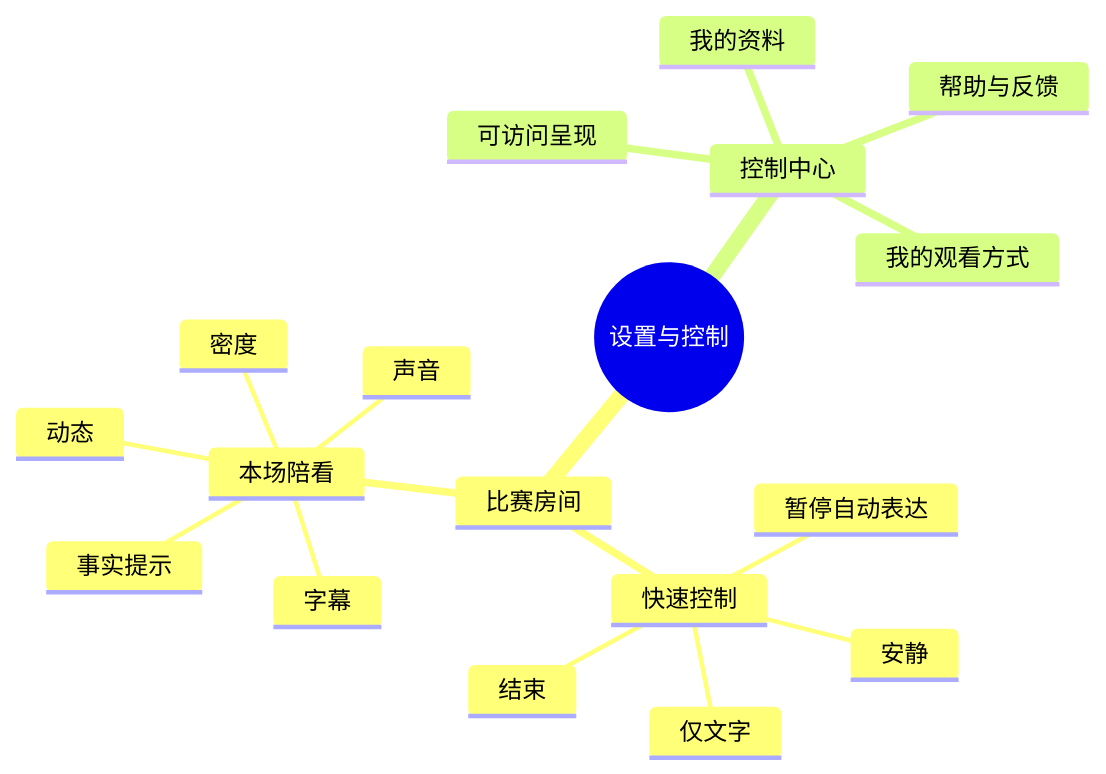
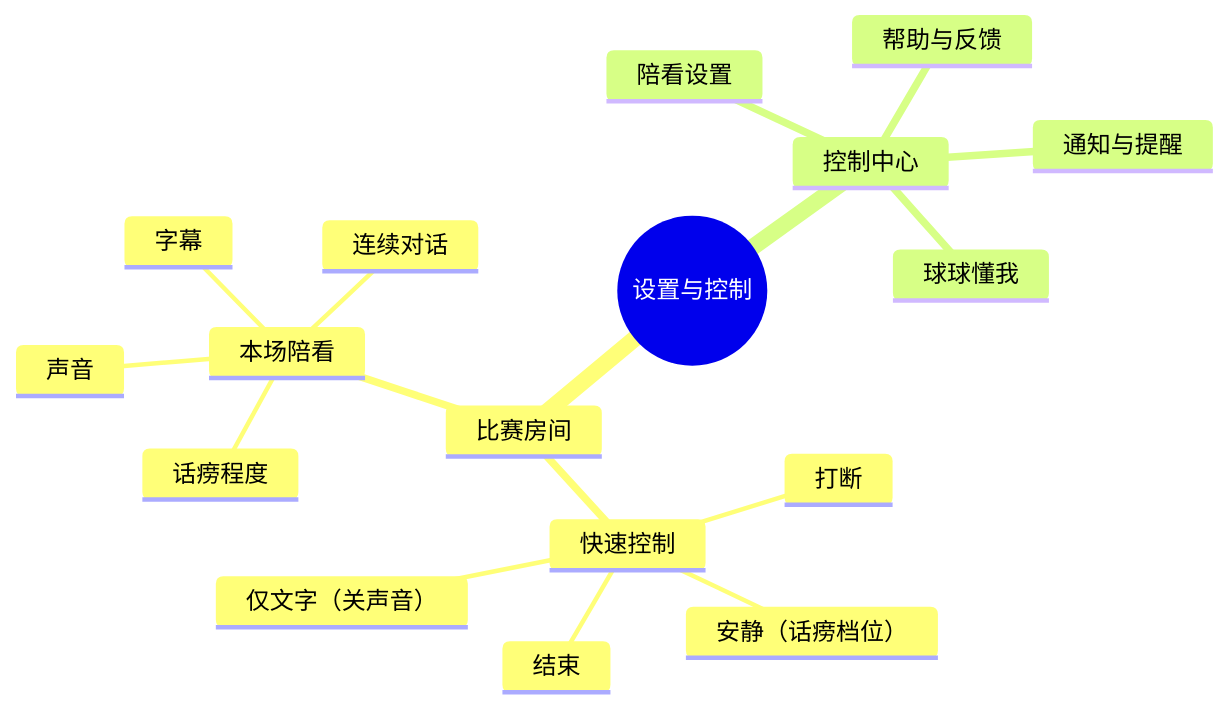
One commit to weiz98417-crypto/qiuqiu changed the first of 3 diagrams in docs/球球全套资料/4.产品设计/35-偏好、设置与无障碍设计.md. Above: the diagram before and after it, drawn with Mermaid. The commit also changed other lines of this file and 49 other files, not shown here.

````diff
--- a/docs/球球全套资料/4.产品设计/35-偏好、设置与无障碍设计.md
+++ b/docs/球球全套资料/4.产品设计/35-偏好、设置与无障碍设计.md
@@ -62,21 +48,20 @@
 ```mermaid
 mindmap
   root((设置与控制))
     比赛房间
       快速控制
-        安静
-        仅文字
-        暂停自动表达
+        安静（话痨档位）
+        仅文字（关声音）
+        打断
         结束
       本场陪看
-        密度
+        话痨程度
+        连续对话
+        字幕
         声音
-        字幕
-        动态
-        事实提示
     控制中心
-      我的观看方式
-      可访问呈现
-      我的资料
+      陪看设置
+      球球懂我
+      通知与提醒
       帮助与反馈
 ```
````
